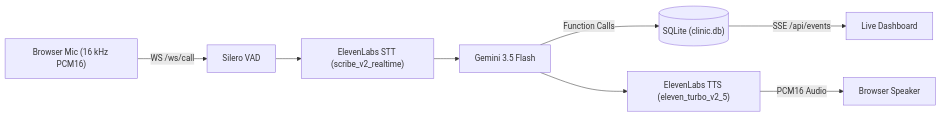
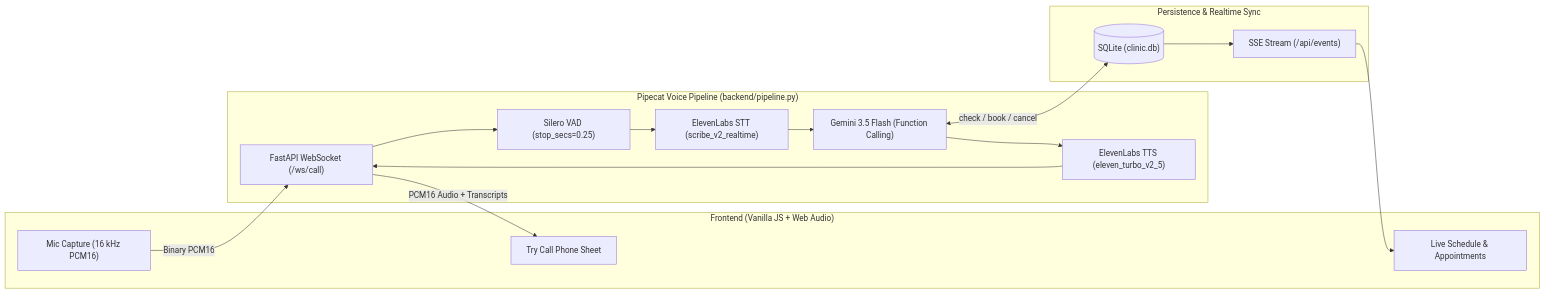
One commit to 26Utkarsh/Alderbrook-AI-Reception changed the first of 2 diagrams in README.md. Above: the diagram before and after it, drawn with Mermaid. The commit also changed other lines of this file, not shown here.

Commit message:
Polish README with badges, Mermaid subgraphs, workflow, tables, clone and setup guide

````diff
--- a/README.md
+++ b/README.md
@@ -9,10 +20,27 @@
 ```mermaid
 flowchart LR
-    Mic["Browser Mic (16 kHz PCM16)"] -->|WS /ws/call| VAD["Silero VAD"]
-    VAD --> STT["ElevenLabs STT (scribe_v2_realtime)"]
-    STT --> LLM["Gemini 3.5 Flash"]
-    LLM -->|Function Calls| DB[("SQLite (clinic.db)")]
-    DB -->|SSE /api/events| UI["Live Dashboard"]
-    LLM --> TTS["ElevenLabs TTS (eleven_turbo_v2_5)"]
-    TTS -->|PCM16 Audio| Speaker["Browser Speaker"]
+    subgraph Browser["Frontend (Vanilla JS + Web Audio)"]
+        Mic["Mic Capture (16 kHz PCM16)"]
+        UI["Live Schedule & Appointments"]
+        Phone["Try Call Phone Sheet"]
+    end
+
+    subgraph Pipeline["Pipecat Voice Pipeline (backend/pipeline.py)"]
+        WS["FastAPI WebSocket (/ws/call)"]
+        VAD["Silero VAD (stop_secs=0.25)"]
+        STT["ElevenLabs STT (scribe_v2_realtime)"]
+        LLM["Gemini 3.5 Flash (Function Calling)"]
+        TTS["ElevenLabs TTS (eleven_turbo_v2_5)"]
+    end
+
+    subgraph Data["Persistence & Realtime Sync"]
+        DB[("SQLite (clinic.db)")]
+        SSE["SSE Stream (/api/events)"]
+    end
+
+    Mic -->|Binary PCM16| WS
+    WS --> VAD --> STT --> LLM
+    LLM <-->|check / book / cancel| DB
+    DB --> SSE --> UI
+    LLM --> TTS --> WS -->|PCM16 Audio + Transcripts| Phone
 ```
````
